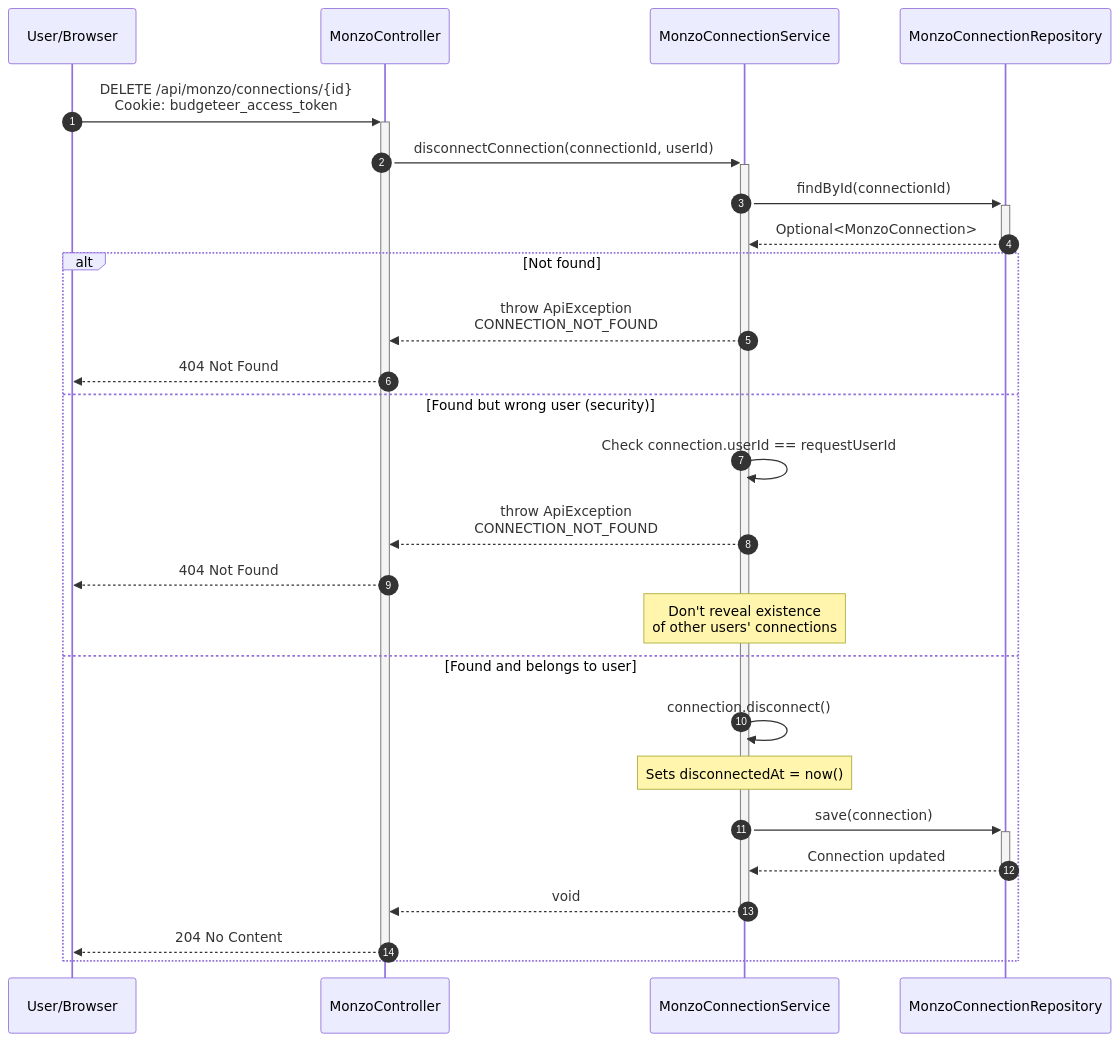
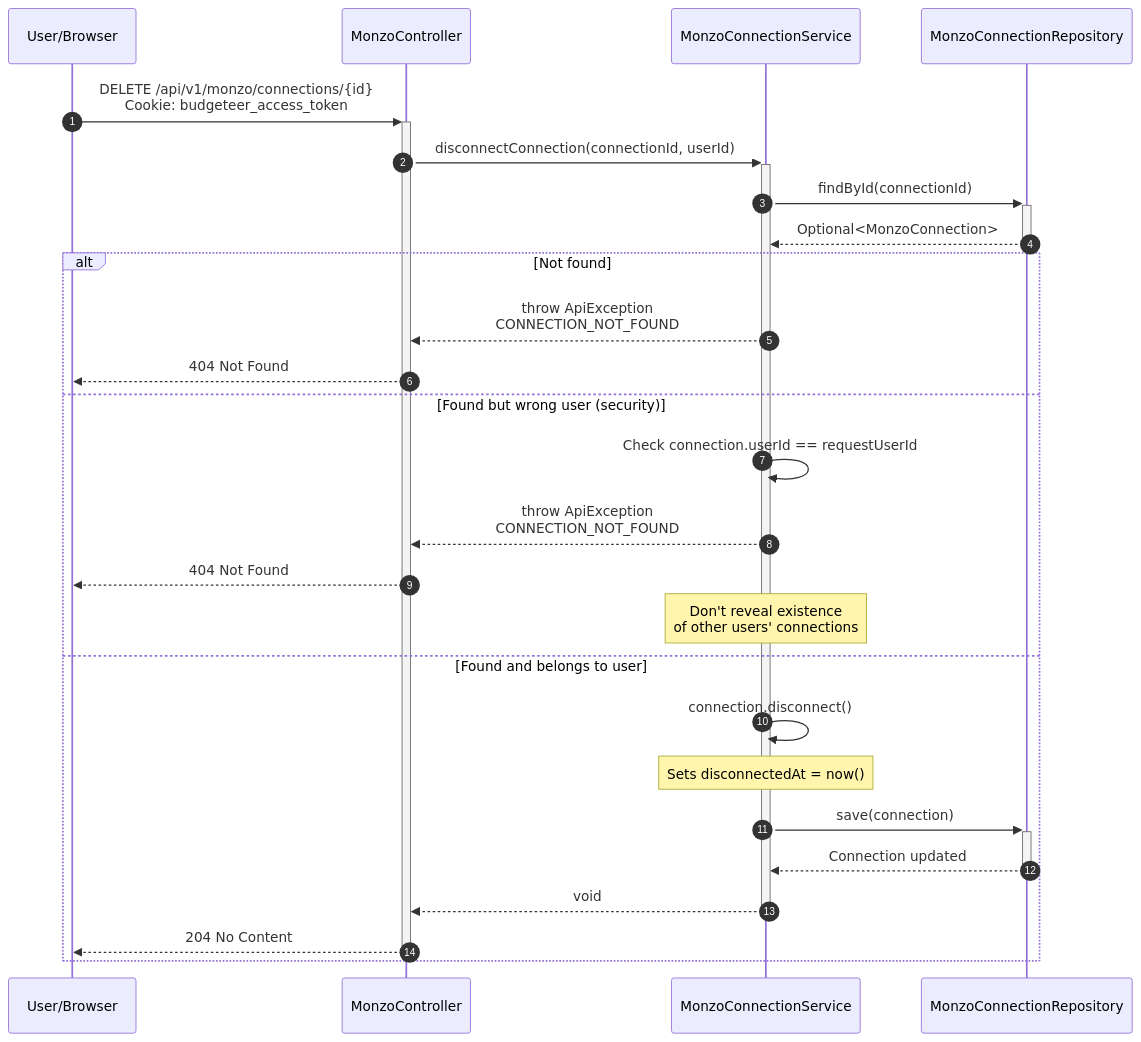
One commit to alexandermfisher/budgeteer changed diagram 11 of 15 in docs/diagrams/monzo-oauth-flow.md. Above: the diagram before and after it, drawn with Mermaid. The commit also changed other lines of this file and 19 other files, not shown here.

````diff
--- a/docs/diagrams/monzo-oauth-flow.md
+++ b/docs/diagrams/monzo-oauth-flow.md
@@ -343,31 +343,31 @@
 ```mermaid
 sequenceDiagram
     autonumber
     participant U as User/Browser
     participant MC as MonzoController
     participant MCS as MonzoConnectionService
     participant MCR as MonzoConnectionRepository
 
-    U->>+MC: DELETE /api/monzo/connections/{id}<br/>Cookie: budgeteer_access_token
+    U->>+MC: DELETE /api/v1/monzo/connections/{id}<br/>Cookie: budgeteer_access_token
     
     MC->>+MCS: disconnectConnection(connectionId, userId)
     MCS->>+MCR: findById(connectionId)
     MCR-->>-MCS: Optional<MonzoConnection>
     
     alt Not found
         MCS-->>MC: throw ApiException<br/>CONNECTION_NOT_FOUND
         MC-->>U: 404 Not Found
     else Found but wrong user (security)
         MCS->>MCS: Check connection.userId == requestUserId
         MCS-->>MC: throw ApiException<br/>CONNECTION_NOT_FOUND
         MC-->>U: 404 Not Found
         Note over MCS: Don't reveal existence<br/>of other users' connections
     else Found and belongs to user
         MCS->>MCS: connection.disconnect()
         Note over MCS: Sets disconnectedAt = now()
         MCS->>+MCR: save(connection)
         MCR-->>-MCS: Connection updated
         MCS-->>-MC: void
         MC-->>-U: 204 No Content
     end
 ```
````
